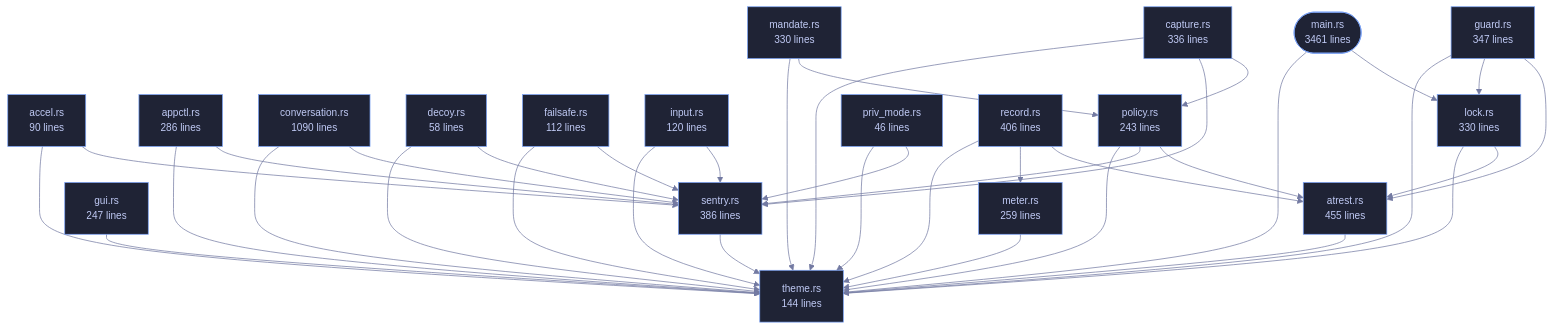
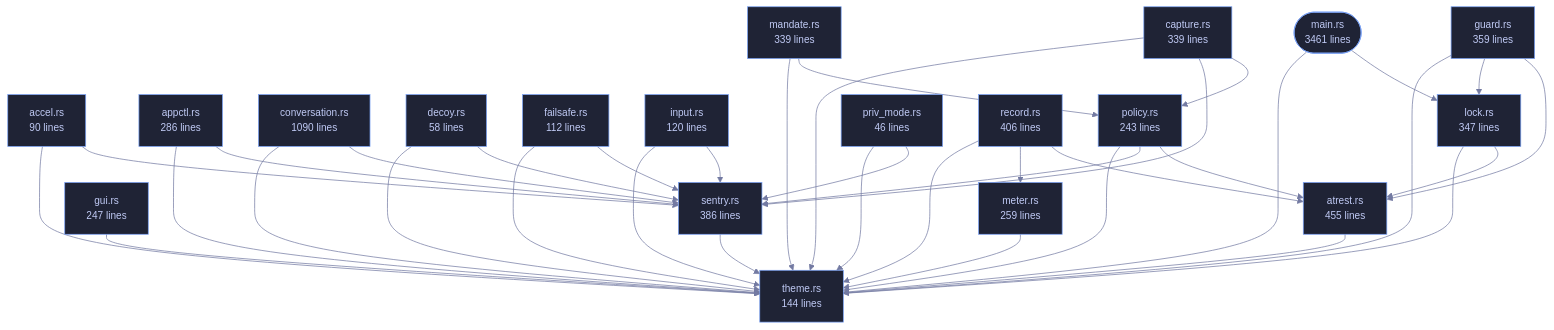
One commit to tilas01/veilvoice changed the diagram in wiki/Crate-veilvoice-cli.md. Above: the diagram before and after it, drawn with Mermaid. The commit also changed other lines of this file and 57 other files, not shown here.

First line of the commit message:
Document the app lock, the policy, the guard and the window's panels

````diff
--- a/wiki/Crate-veilvoice-cli.md
+++ b/wiki/Crate-veilvoice-cli.md
@@ -97,78 +97,78 @@
 ```mermaid
 %%{init: {"theme":"base","themeVariables":{"background":"#1a1b26","primaryColor":"#1f2335","primaryTextColor":"#c0caf5","primaryBorderColor":"#7aa2f7","secondaryColor":"#16161e","tertiaryColor":"#16161e","lineColor":"#737aa2","textColor":"#c0caf5","mainBkg":"#1f2335","nodeBorder":"#7aa2f7","clusterBkg":"#16161e","clusterBorder":"#2f3549","fontFamily":"ui-monospace, SFMono-Regular, Consolas, monospace","fontSize":"14px"}}}%%
 flowchart TD
     n_main(["main.rs<br/>3461 lines"])
     n_accel["accel.rs<br/>90 lines"]
     n_appctl["appctl.rs<br/>286 lines"]
     n_atrest["atrest.rs<br/>455 lines"]
-    n_capture["capture.rs<br/>336 lines"]
+    n_capture["capture.rs<br/>339 lines"]
     n_conversation["conversation.rs<br/>1090 lines"]
     n_decoy["decoy.rs<br/>58 lines"]
     n_failsafe["failsafe.rs<br/>112 lines"]
-    n_guard["guard.rs<br/>347 lines"]
+    n_guard["guard.rs<br/>359 lines"]
     n_gui["gui.rs<br/>247 lines"]
     n_input["input.rs<br/>120 lines"]
-    n_lock["lock.rs<br/>330 lines"]
-    n_mandate["mandate.rs<br/>330 lines"]
+    n_lock["lock.rs<br/>347 lines"]
+    n_mandate["mandate.rs<br/>339 lines"]
     n_meter["meter.rs<br/>259 lines"]
     n_policy["policy.rs<br/>243 lines"]
     n_priv_mode["priv_mode.rs<br/>46 lines"]
     n_record["record.rs<br/>406 lines"]
     n_sentry["sentry.rs<br/>386 lines"]
     n_theme["theme.rs<br/>144 lines"]
     n_accel --> n_sentry
     n_accel --> n_theme
     n_appctl --> n_sentry
     n_appctl --> n_theme
     n_atrest --> n_theme
     n_capture --> n_policy
     n_capture --> n_sentry
     n_capture --> n_theme
     n_conversation --> n_sentry
     n_conversation --> n_theme
     n_decoy --> n_sentry
     n_decoy --> n_theme
     n_failsafe --> n_sentry
     n_failsafe --> n_theme
     n_guard --> n_atrest
     n_guard --> n_lock
     n_guard --> n_theme
     n_gui --> n_theme
     n_input --> n_sentry
     n_input --> n_theme
     n_lock --> n_atrest
     n_lock --> n_theme
     n_main --> n_lock
     n_main --> n_theme
     n_mandate --> n_policy
     n_mandate --> n_theme
     n_meter --> n_theme
     n_policy --> n_atrest
     n_policy --> n_sentry
     n_policy --> n_theme
     n_priv_mode --> n_sentry
     n_priv_mode --> n_theme
     n_record --> n_atrest
     n_record --> n_meter
     n_record --> n_theme
     n_sentry --> n_theme
     click n_main href "https://github.com/tilas01/veilvoice/blob/main/crates/veilvoice-cli/src/main.rs" "open the source"
     click n_accel href "https://github.com/tilas01/veilvoice/blob/main/crates/veilvoice-cli/src/accel.rs" "open the source"
     click n_appctl href "https://github.com/tilas01/veilvoice/blob/main/crates/veilvoice-cli/src/appctl.rs" "open the source"
     click n_atrest href "https://github.com/tilas01/veilvoice/blob/main/crates/veilvoice-cli/src/atrest.rs" "open the source"
     click n_capture href "https://github.com/tilas01/veilvoice/blob/main/crates/veilvoice-cli/src/capture.rs" "open the source"
     click n_conversation href "https://github.com/tilas01/veilvoice/blob/main/crates/veilvoice-cli/src/conversation.rs" "open the source"
     click n_decoy href "https://github.com/tilas01/veilvoice/blob/main/crates/veilvoice-cli/src/decoy.rs" "open the source"
     click n_failsafe href "https://github.com/tilas01/veilvoice/blob/main/crates/veilvoice-cli/src/failsafe.rs" "open the source"
     click n_guard href "https://github.com/tilas01/veilvoice/blob/main/crates/veilvoice-cli/src/guard.rs" "open the source"
     click n_gui href "https://github.com/tilas01/veilvoice/blob/main/crates/veilvoice-cli/src/gui.rs" "open the source"
     click n_input href "https://github.com/tilas01/veilvoice/blob/main/crates/veilvoice-cli/src/input.rs" "open the source"
     click n_lock href "https://github.com/tilas01/veilvoice/blob/main/crates/veilvoice-cli/src/lock.rs" "open the source"
     click n_mandate href "https://github.com/tilas01/veilvoice/blob/main/crates/veilvoice-cli/src/mandate.rs" "open the source"
     click n_meter href "https://github.com/tilas01/veilvoice/blob/main/crates/veilvoice-cli/src/meter.rs" "open the source"
     click n_policy href "https://github.com/tilas01/veilvoice/blob/main/crates/veilvoice-cli/src/policy.rs" "open the source"
     click n_priv_mode href "https://github.com/tilas01/veilvoice/blob/main/crates/veilvoice-cli/src/priv_mode.rs" "open the source"
     click n_record href "https://github.com/tilas01/veilvoice/blob/main/crates/veilvoice-cli/src/record.rs" "open the source"
     click n_sentry href "https://github.com/tilas01/veilvoice/blob/main/crates/veilvoice-cli/src/sentry.rs" "open the source"
     click n_theme href "https://github.com/tilas01/veilvoice/blob/main/crates/veilvoice-cli/src/theme.rs" "open the source"
 ```
````
